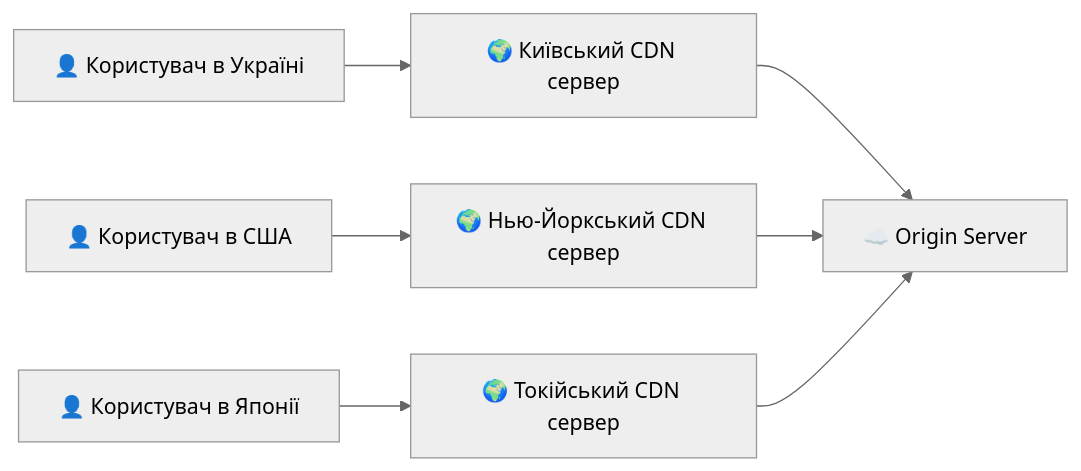
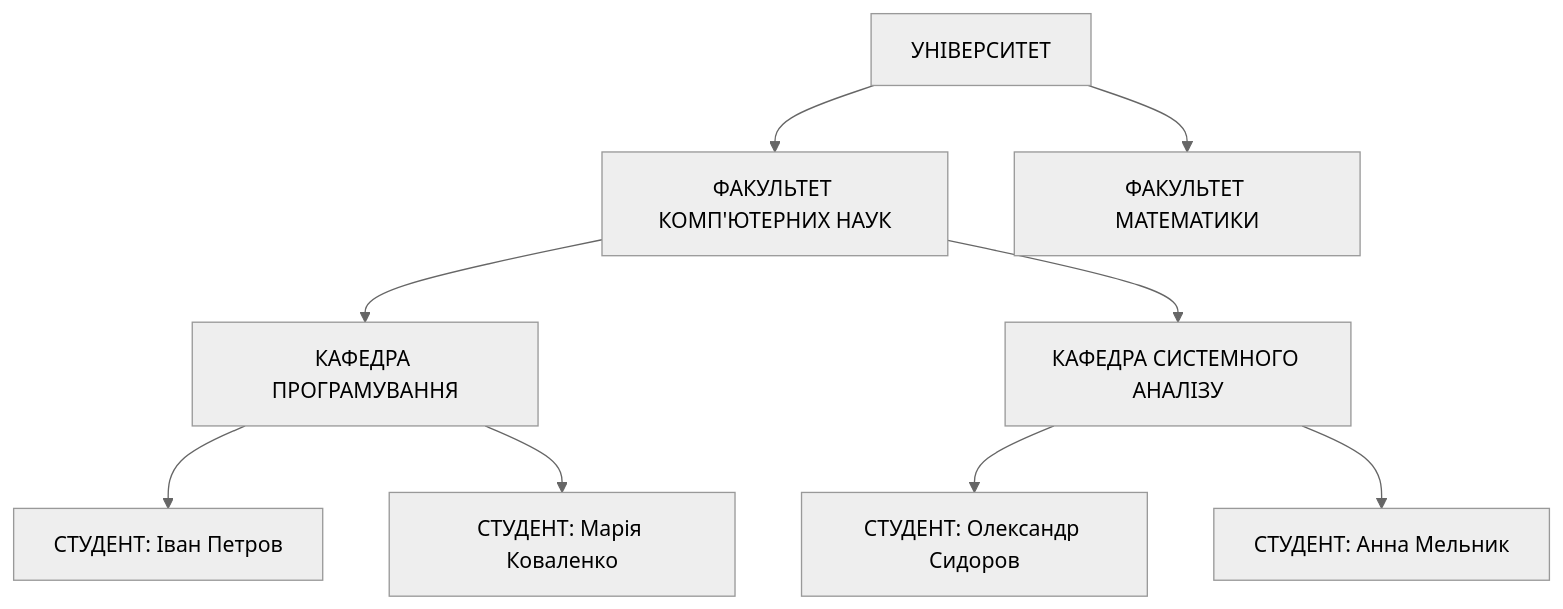
The first of 12 diagrams in docs/lectures/lecture-01.md (olroi421/course-bd), drawn with Mermaid (neutral theme) before and after one commit. The commit also changed other lines of this file and 1 other file, not shown here.

````diff
--- a/docs/lectures/lecture-01.md
+++ b/docs/lectures/lecture-01.md
@@ -117,10 +74,14 @@
 ```mermaid
-graph LR
-    A[👤 Користувач в Україні] --> B[🌍 Київський CDN сервер]
-    C[👤 Користувач в США] --> D[🌍 Нью-Йоркський CDN сервер]
-    E[👤 Користувач в Японії] --> F[🌍 Токійський CDN сервер]
+graph TD
+    A[УНІВЕРСИТЕТ] --> B[ФАКУЛЬТЕТ КОМП'ЮТЕРНИХ НАУК]
+    A --> C[ФАКУЛЬТЕТ МАТЕМАТИКИ]
 
-    B --> G[☁️ Origin Server]
-    D --> G
-    F --> G
+    B --> D[КАФЕДРА ПРОГРАМУВАННЯ]
+    B --> E[КАФЕДРА СИСТЕМНОГО АНАЛІЗУ]
+
+    D --> F[СТУДЕНТ: Іван Петров]
+    D --> G[СТУДЕНТ: Марія Коваленко]
+
+    E --> H[СТУДЕНТ: Олександр Сидоров]
+    E --> I[СТУДЕНТ: Анна Мельник]
 ```
````
